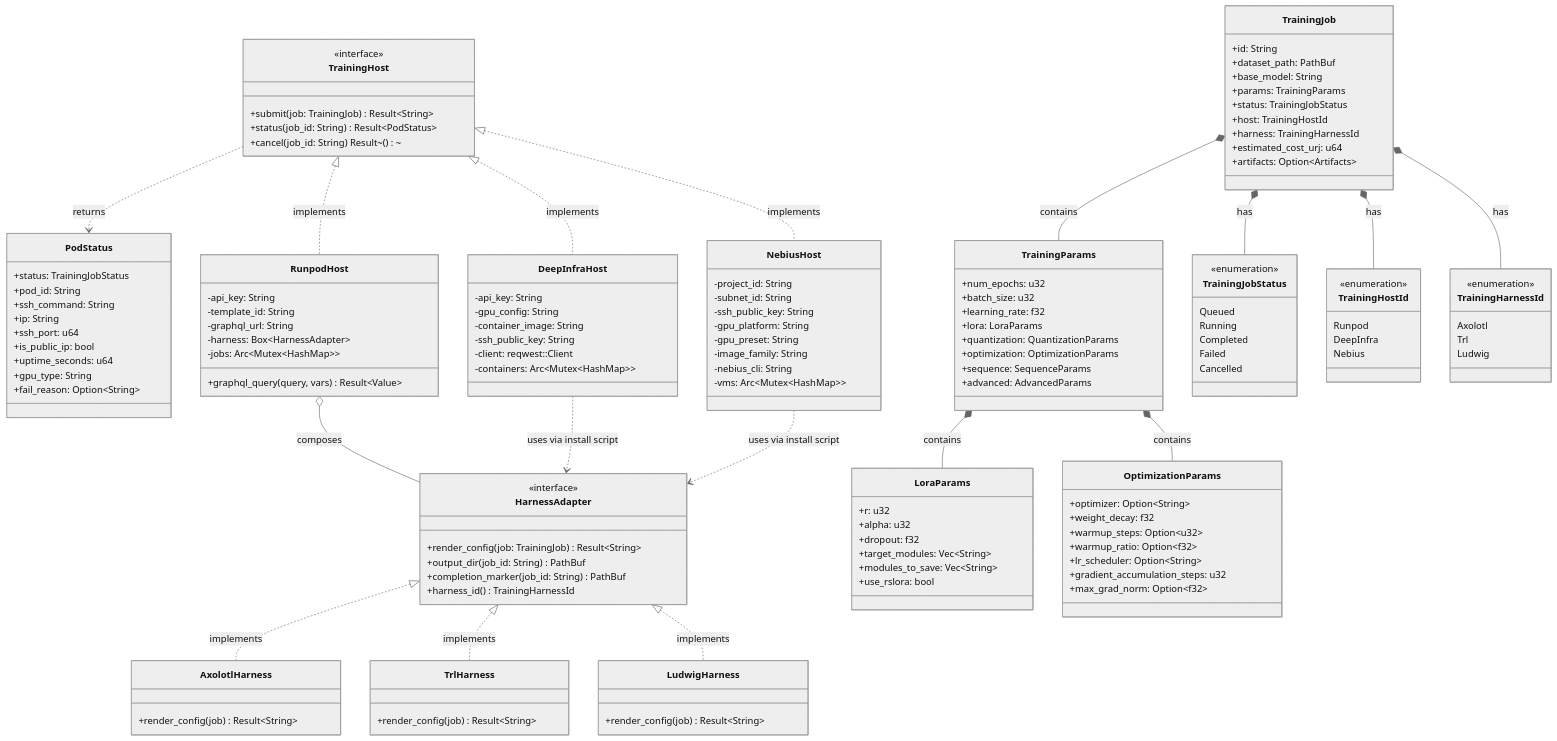
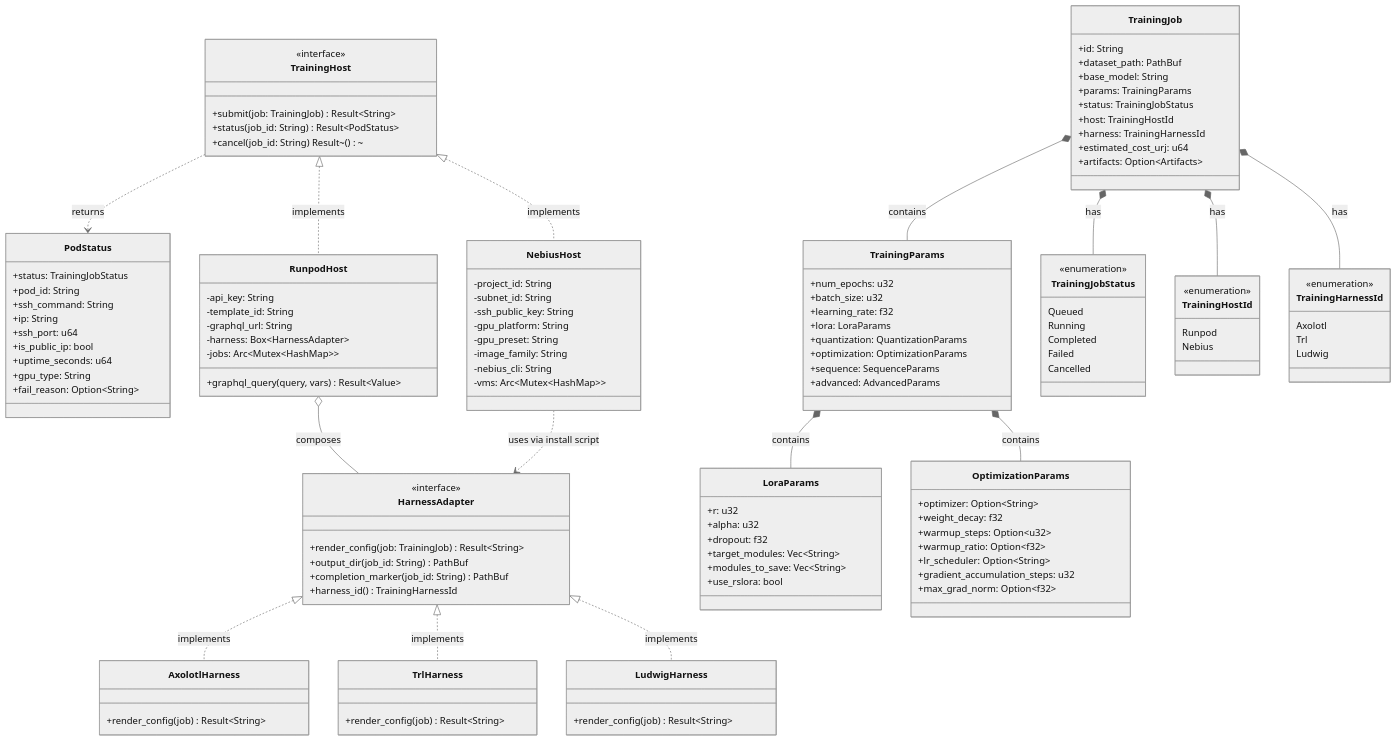
Before and after one commit to mdz-axo/zed-kask: the fifth of 5 diagrams in kask/docs/explanation/training-and-adapters.md, drawn with Mermaid (neutral theme). The commit also changed other lines of this file and 21 other files, not shown here.

First line of the commit message:
Simplify convergence tracker and remove DeepInfra

```diff
--- a/kask/docs/explanation/training-and-adapters.md
+++ b/kask/docs/explanation/training-and-adapters.md
@@ -535,14 +535,6 @@
         +graphql_query(query, vars) Result~Value~
     }
 
-    class DeepInfraHost {
-        -api_key: String
-        -gpu_config: String
-        -container_image: String
-        -ssh_public_key: String
-        -client: reqwest::Client
-        -containers: Arc~Mutex~HashMap~~
-    }
 
     class NebiusHost {
         -project_id: String
@@ -621,7 +613,6 @@
     class TrainingHostId {
         <<enumeration>>
         Runpod
-        DeepInfra
         Nebius
     }
 
@@ -633,13 +624,11 @@
     }
 
     TrainingHost <|.. RunpodHost : implements
-    TrainingHost <|.. DeepInfraHost : implements
     TrainingHost <|.. NebiusHost : implements
     HarnessAdapter <|.. AxolotlHarness : implements
     HarnessAdapter <|.. TrlHarness : implements
     HarnessAdapter <|.. LudwigHarness : implements
     RunpodHost o-- HarnessAdapter : composes
-    DeepInfraHost ..> HarnessAdapter : uses via install script
     NebiusHost ..> HarnessAdapter : uses via install script
     TrainingHost ..> PodStatus : returns
     TrainingJob *-- TrainingParams : contains
```
